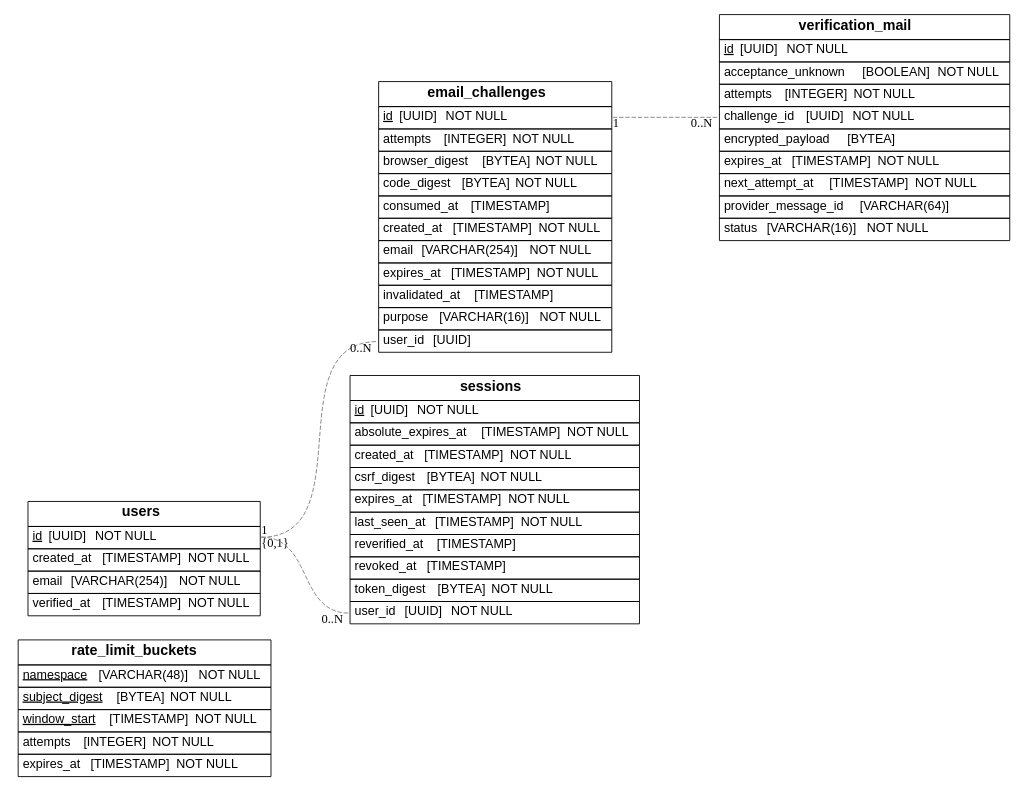
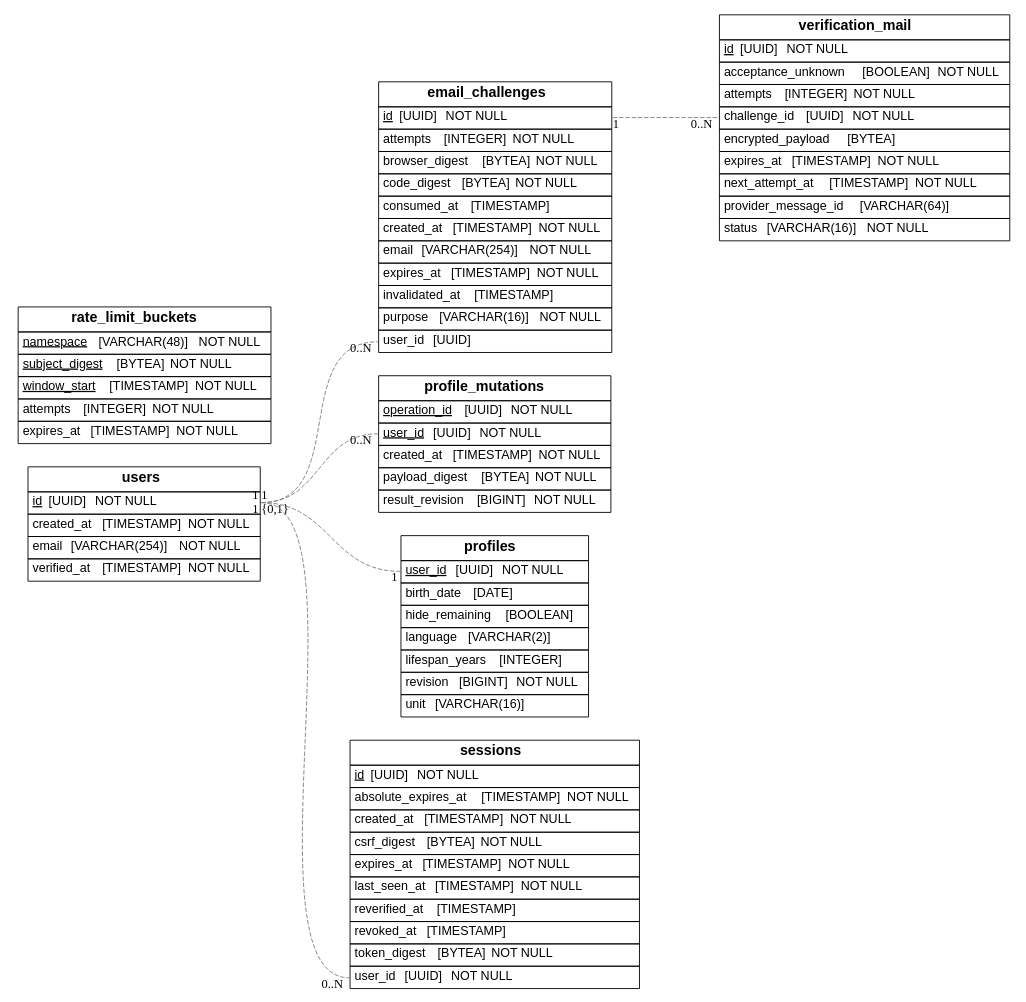
The diagram in docs/architecture/database-schema.dot (agapeengineering/aion), drawn with Graphviz before and after one commit. The commit also changed 39 other files, not shown here.

```diff
--- a/docs/architecture/database-schema.dot
+++ b/docs/architecture/database-schema.dot
@@ -1,18 +1,22 @@
 graph {
     graph [rankdir=LR];
     node [label="\N",
         shape=plaintext
     ];
     edge [color=gray50,
         minlen=2,
         style=dashed
     ];
+"email_challenges" [label=<<FONT FACE="Helvetica"><TABLE BORDER="0" CELLBORDER="1" CELLPADDING="4" CELLSPACING="0"><TR><TD><B><FONT POINT-SIZE="16">email_challenges</FONT></B></TD></TR><TR><TD ALIGN="LEFT" PORT="id"><u><FONT>id</FONT></u> <FONT> [UUID]</FONT> NOT NULL</TD></TR><TR><TD ALIGN="LEFT" PORT="attempts"><FONT>attempts</FONT> <FONT> [INTEGER]</FONT> NOT NULL</TD></TR><TR><TD ALIGN="LEFT" PORT="browser_digest"><FONT>browser_digest</FONT> <FONT> [BYTEA]</FONT> NOT NULL</TD></TR><TR><TD ALIGN="LEFT" PORT="code_digest"><FONT>code_digest</FONT> <FONT> [BYTEA]</FONT> NOT NULL</TD></TR><TR><TD ALIGN="LEFT" PORT="consumed_at"><FONT>consumed_at</FONT> <FONT> [TIMESTAMP]</FONT></TD></TR><TR><TD ALIGN="LEFT" PORT="created_at"><FONT>created_at</FONT> <FONT> [TIMESTAMP]</FONT> NOT NULL</TD></TR><TR><TD ALIGN="LEFT" PORT="email"><FONT>email</FONT> <FONT> [VARCHAR(254)]</FONT> NOT NULL</TD></TR><TR><TD ALIGN="LEFT" PORT="expires_at"><FONT>expires_at</FONT> <FONT> [TIMESTAMP]</FONT> NOT NULL</TD></TR><TR><TD ALIGN="LEFT" PORT="invalidated_at"><FONT>invalidated_at</FONT> <FONT> [TIMESTAMP]</FONT></TD></TR><TR><TD ALIGN="LEFT" PORT="purpose"><FONT>purpose</FONT> <FONT> [VARCHAR(16)]</FONT> NOT NULL</TD></TR><TR><TD ALIGN="LEFT" PORT="user_id"><FONT>user_id</FONT> <FONT> [UUID]</FONT></TD></TR></TABLE></FONT>>];
+"profile_mutations" [label=<<FONT FACE="Helvetica"><TABLE BORDER="0" CELLBORDER="1" CELLPADDING="4" CELLSPACING="0"><TR><TD><B><FONT POINT-SIZE="16">profile_mutations</FONT></B></TD></TR><TR><TD ALIGN="LEFT" PORT="operation_id"><u><FONT>operation_id</FONT></u> <FONT> [UUID]</FONT> NOT NULL</TD></TR><TR><TD ALIGN="LEFT" PORT="user_id"><u><FONT>user_id</FONT></u> <FONT> [UUID]</FONT> NOT NULL</TD></TR><TR><TD ALIGN="LEFT" PORT="created_at"><FONT>created_at</FONT> <FONT> [TIMESTAMP]</FONT> NOT NULL</TD></TR><TR><TD ALIGN="LEFT" PORT="payload_digest"><FONT>payload_digest</FONT> <FONT> [BYTEA]</FONT> NOT NULL</TD></TR><TR><TD ALIGN="LEFT" PORT="result_revision"><FONT>result_revision</FONT> <FONT> [BIGINT]</FONT> NOT NULL</TD></TR></TABLE></FONT>>];
+"profiles" [label=<<FONT FACE="Helvetica"><TABLE BORDER="0" CELLBORDER="1" CELLPADDING="4" CELLSPACING="0"><TR><TD><B><FONT POINT-SIZE="16">profiles</FONT></B></TD></TR><TR><TD ALIGN="LEFT" PORT="user_id"><u><FONT>user_id</FONT></u> <FONT> [UUID]</FONT> NOT NULL</TD></TR><TR><TD ALIGN="LEFT" PORT="birth_date"><FONT>birth_date</FONT> <FONT> [DATE]</FONT></TD></TR><TR><TD ALIGN="LEFT" PORT="hide_remaining"><FONT>hide_remaining</FONT> <FONT> [BOOLEAN]</FONT></TD></TR><TR><TD ALIGN="LEFT" PORT="language"><FONT>language</FONT> <FONT> [VARCHAR(2)]</FONT></TD></TR><TR><TD ALIGN="LEFT" PORT="lifespan_years"><FONT>lifespan_years</FONT> <FONT> [INTEGER]</FONT></TD></TR><TR><TD ALIGN="LEFT" PORT="revision"><FONT>revision</FONT> <FONT> [BIGINT]</FONT> NOT NULL</TD></TR><TR><TD ALIGN="LEFT" PORT="unit"><FONT>unit</FONT> <FONT> [VARCHAR(16)]</FONT></TD></TR></TABLE></FONT>>];
 "rate_limit_buckets" [label=<<FONT FACE="Helvetica"><TABLE BORDER="0" CELLBORDER="1" CELLPADDING="4" CELLSPACING="0"><TR><TD><B><FONT POINT-SIZE="16">rate_limit_buckets</FONT></B></TD></TR><TR><TD ALIGN="LEFT" PORT="namespace"><u><FONT>namespace</FONT></u> <FONT> [VARCHAR(48)]</FONT> NOT NULL</TD></TR><TR><TD ALIGN="LEFT" PORT="subject_digest"><u><FONT>subject_digest</FONT></u> <FONT> [BYTEA]</FONT> NOT NULL</TD></TR><TR><TD ALIGN="LEFT" PORT="window_start"><u><FONT>window_start</FONT></u> <FONT> [TIMESTAMP]</FONT> NOT NULL</TD></TR><TR><TD ALIGN="LEFT" PORT="attempts"><FONT>attempts</FONT> <FONT> [INTEGER]</FONT> NOT NULL</TD></TR><TR><TD ALIGN="LEFT" PORT="expires_at"><FONT>expires_at</FONT> <FONT> [TIMESTAMP]</FONT> NOT NULL</TD></TR></TABLE></FONT>>];
+"sessions" [label=<<FONT FACE="Helvetica"><TABLE BORDER="0" CELLBORDER="1" CELLPADDING="4" CELLSPACING="0"><TR><TD><B><FONT POINT-SIZE="16">sessions</FONT></B></TD></TR><TR><TD ALIGN="LEFT" PORT="id"><u><FONT>id</FONT></u> <FONT> [UUID]</FONT> NOT NULL</TD></TR><TR><TD ALIGN="LEFT" PORT="absolute_expires_at"><FONT>absolute_expires_at</FONT> <FONT> [TIMESTAMP]</FONT> NOT NULL</TD></TR><TR><TD ALIGN="LEFT" PORT="created_at"><FONT>created_at</FONT> <FONT> [TIMESTAMP]</FONT> NOT NULL</TD></TR><TR><TD ALIGN="LEFT" PORT="csrf_digest"><FONT>csrf_digest</FONT> <FONT> [BYTEA]</FONT> NOT NULL</TD></TR><TR><TD ALIGN="LEFT" PORT="expires_at"><FONT>expires_at</FONT> <FONT> [TIMESTAMP]</FONT> NOT NULL</TD></TR><TR><TD ALIGN="LEFT" PORT="last_seen_at"><FONT>last_seen_at</FONT> <FONT> [TIMESTAMP]</FONT> NOT NULL</TD></TR><TR><TD ALIGN="LEFT" PORT="reverified_at"><FONT>reverified_at</FONT> <FONT> [TIMESTAMP]</FONT></TD></TR><TR><TD ALIGN="LEFT" PORT="revoked_at"><FONT>revoked_at</FONT> <FONT> [TIMESTAMP]</FONT></TD></TR><TR><TD ALIGN="LEFT" PORT="token_digest"><FONT>token_digest</FONT> <FONT> [BYTEA]</FONT> NOT NULL</TD></TR><TR><TD ALIGN="LEFT" PORT="user_id"><FONT>user_id</FONT> <FONT> [UUID]</FONT> NOT NULL</TD></TR></TABLE></FONT>>];
 "users" [label=<<FONT FACE="Helvetica"><TABLE BORDER="0" CELLBORDER="1" CELLPADDING="4" CELLSPACING="0"><TR><TD><B><FONT POINT-SIZE="16">users</FONT></B></TD></TR><TR><TD ALIGN="LEFT" PORT="id"><u><FONT>id</FONT></u> <FONT> [UUID]</FONT> NOT NULL</TD></TR><TR><TD ALIGN="LEFT" PORT="created_at"><FONT>created_at</FONT> <FONT> [TIMESTAMP]</FONT> NOT NULL</TD></TR><TR><TD ALIGN="LEFT" PORT="email"><FONT>email</FONT> <FONT> [VARCHAR(254)]</FONT> NOT NULL</TD></TR><TR><TD ALIGN="LEFT" PORT="verified_at"><FONT>verified_at</FONT> <FONT> [TIMESTAMP]</FONT> NOT NULL</TD></TR></TABLE></FONT>>];
-"email_challenges" [label=<<FONT FACE="Helvetica"><TABLE BORDER="0" CELLBORDER="1" CELLPADDING="4" CELLSPACING="0"><TR><TD><B><FONT POINT-SIZE="16">email_challenges</FONT></B></TD></TR><TR><TD ALIGN="LEFT" PORT="id"><u><FONT>id</FONT></u> <FONT> [UUID]</FONT> NOT NULL</TD></TR><TR><TD ALIGN="LEFT" PORT="attempts"><FONT>attempts</FONT> <FONT> [INTEGER]</FONT> NOT NULL</TD></TR><TR><TD ALIGN="LEFT" PORT="browser_digest"><FONT>browser_digest</FONT> <FONT> [BYTEA]</FONT> NOT NULL</TD></TR><TR><TD ALIGN="LEFT" PORT="code_digest"><FONT>code_digest</FONT> <FONT> [BYTEA]</FONT> NOT NULL</TD></TR><TR><TD ALIGN="LEFT" PORT="consumed_at"><FONT>consumed_at</FONT> <FONT> [TIMESTAMP]</FONT></TD></TR><TR><TD ALIGN="LEFT" PORT="created_at"><FONT>created_at</FONT> <FONT> [TIMESTAMP]</FONT> NOT NULL</TD></TR><TR><TD ALIGN="LEFT" PORT="email"><FONT>email</FONT> <FONT> [VARCHAR(254)]</FONT> NOT NULL</TD></TR><TR><TD ALIGN="LEFT" PORT="expires_at"><FONT>expires_at</FONT> <FONT> [TIMESTAMP]</FONT> NOT NULL</TD></TR><TR><TD ALIGN="LEFT" PORT="invalidated_at"><FONT>invalidated_at</FONT> <FONT> [TIMESTAMP]</FONT></TD></TR><TR><TD ALIGN="LEFT" PORT="purpose"><FONT>purpose</FONT> <FONT> [VARCHAR(16)]</FONT> NOT NULL</TD></TR><TR><TD ALIGN="LEFT" PORT="user_id"><FONT>user_id</FONT> <FONT> [UUID]</FONT></TD></TR></TABLE></FONT>>];
-"sessions" [label=<<FONT FACE="Helvetica"><TABLE BORDER="0" CELLBORDER="1" CELLPADDING="4" CELLSPACING="0"><TR><TD><B><FONT POINT-SIZE="16">sessions</FONT></B></TD></TR><TR><TD ALIGN="LEFT" PORT="id"><u><FONT>id</FONT></u> <FONT> [UUID]</FONT> NOT NULL</TD></TR><TR><TD ALIGN="LEFT" PORT="absolute_expires_at"><FONT>absolute_expires_at</FONT> <FONT> [TIMESTAMP]</FONT> NOT NULL</TD></TR><TR><TD ALIGN="LEFT" PORT="created_at"><FONT>created_at</FONT> <FONT> [TIMESTAMP]</FONT> NOT NULL</TD></TR><TR><TD ALIGN="LEFT" PORT="csrf_digest"><FONT>csrf_digest</FONT> <FONT> [BYTEA]</FONT> NOT NULL</TD></TR><TR><TD ALIGN="LEFT" PORT="expires_at"><FONT>expires_at</FONT> <FONT> [TIMESTAMP]</FONT> NOT NULL</TD></TR><TR><TD ALIGN="LEFT" PORT="last_seen_at"><FONT>last_seen_at</FONT> <FONT> [TIMESTAMP]</FONT> NOT NULL</TD></TR><TR><TD ALIGN="LEFT" PORT="reverified_at"><FONT>reverified_at</FONT> <FONT> [TIMESTAMP]</FONT></TD></TR><TR><TD ALIGN="LEFT" PORT="revoked_at"><FONT>revoked_at</FONT> <FONT> [TIMESTAMP]</FONT></TD></TR><TR><TD ALIGN="LEFT" PORT="token_digest"><FONT>token_digest</FONT> <FONT> [BYTEA]</FONT> NOT NULL</TD></TR><TR><TD ALIGN="LEFT" PORT="user_id"><FONT>user_id</FONT> <FONT> [UUID]</FONT> NOT NULL</TD></TR></TABLE></FONT>>];
 "verification_mail" [label=<<FONT FACE="Helvetica"><TABLE BORDER="0" CELLBORDER="1" CELLPADDING="4" CELLSPACING="0"><TR><TD><B><FONT POINT-SIZE="16">verification_mail</FONT></B></TD></TR><TR><TD ALIGN="LEFT" PORT="id"><u><FONT>id</FONT></u> <FONT> [UUID]</FONT> NOT NULL</TD></TR><TR><TD ALIGN="LEFT" PORT="acceptance_unknown"><FONT>acceptance_unknown</FONT> <FONT> [BOOLEAN]</FONT> NOT NULL</TD></TR><TR><TD ALIGN="LEFT" PORT="attempts"><FONT>attempts</FONT> <FONT> [INTEGER]</FONT> NOT NULL</TD></TR><TR><TD ALIGN="LEFT" PORT="challenge_id"><FONT>challenge_id</FONT> <FONT> [UUID]</FONT> NOT NULL</TD></TR><TR><TD ALIGN="LEFT" PORT="encrypted_payload"><FONT>encrypted_payload</FONT> <FONT> [BYTEA]</FONT></TD></TR><TR><TD ALIGN="LEFT" PORT="expires_at"><FONT>expires_at</FONT> <FONT> [TIMESTAMP]</FONT> NOT NULL</TD></TR><TR><TD ALIGN="LEFT" PORT="next_attempt_at"><FONT>next_attempt_at</FONT> <FONT> [TIMESTAMP]</FONT> NOT NULL</TD></TR><TR><TD ALIGN="LEFT" PORT="provider_message_id"><FONT>provider_message_id</FONT> <FONT> [VARCHAR(64)]</FONT></TD></TR><TR><TD ALIGN="LEFT" PORT="status"><FONT>status</FONT> <FONT> [VARCHAR(16)]</FONT> NOT NULL</TD></TR></TABLE></FONT>>];
 "users":"id" -- "email_challenges":"user_id" [taillabel=<<FONT>{0,1}</FONT>>,headlabel=<<FONT>0..N</FONT>>];
+"users":"id" -- "profile_mutations":"user_id" [taillabel=<<FONT>1</FONT>>,headlabel=<<FONT>0..N</FONT>>];
+"users":"id" -- "profiles":"user_id" [taillabel=<<FONT>1</FONT>>,headlabel=<<FONT>1</FONT>>];
 "users":"id" -- "sessions":"user_id" [taillabel=<<FONT>1</FONT>>,headlabel=<<FONT>0..N</FONT>>];
 "email_challenges":"id" -- "verification_mail":"challenge_id" [taillabel=<<FONT>1</FONT>>,headlabel=<<FONT>0..N</FONT>>];
 }
```
